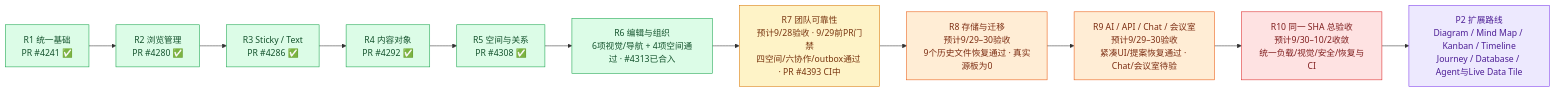
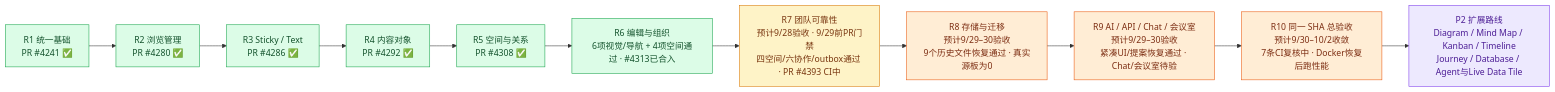
Before and after one commit to boardx/workspacex: the first of 4 diagrams in phases/phase-19-board-visual-workspace/design-deltas/2026-09-26-unified-board-plan.md, drawn with Mermaid. The commit also changed other lines of this file, not shown here.

````diff
--- a/phases/phase-19-board-visual-workspace/design-deltas/2026-09-26-unified-board-plan.md
+++ b/phases/phase-19-board-visual-workspace/design-deltas/2026-09-26-unified-board-plan.md
@@ -25,20 +25,20 @@
 ```mermaid
 flowchart LR
   R1["R1 统一基础<br/>PR #4241 ✅"]:::merged --> R2["R2 浏览管理<br/>PR #4280 ✅"]:::merged
   R2 --> R3["R3 Sticky / Text<br/>PR #4286 ✅"]:::merged
   R3 --> R4["R4 内容对象<br/>PR #4292 ✅"]:::merged
   R4 --> R5["R5 空间与关系<br/>PR #4308 ✅"]:::merged
   R5 --> R6["R6 编辑与组织<br/>6项视觉/导航 + 4项空间通过 · #4313已合入"]:::merged
   R6 --> R7["R7 团队可靠性<br/>预计9/28验收 · 9/29前PR门禁<br/>四空间/六协作/outbox通过 · PR #4393 CI中"]:::accepting
   R7 --> R8["R8 存储与迁移<br/>预计9/29–30验收<br/>9个历史文件恢复通过 · 真实源板为0"]:::working
   R8 --> R9["R9 AI / API / Chat / 会议室<br/>预计9/29–30验收<br/>紧凑UI/提案恢复通过 · Chat/会议室待验"]:::working
-  R9 --> R10["R10 同一 SHA 总验收<br/>预计9/30–10/2收敛<br/>统一负载/视觉/安全/恢复与CI"]:::blocked
+  R9 --> R10["R10 同一 SHA 总验收<br/>预计9/30–10/2收敛<br/>7条CI复核中 · Docker恢复后跑性能"]:::working
   R10 --> P2["P2 扩展路线<br/>Diagram / Mind Map / Kanban / Timeline<br/>Journey / Database / Agent与Live Data Tile"]:::future
   classDef merged fill:#dcfce7,stroke:#16a34a,color:#14532d
   classDef accepting fill:#fef3c7,stroke:#d97706,color:#78350f
   classDef ready fill:#dbeafe,stroke:#2563eb,color:#1e3a8a
   classDef working fill:#ffedd5,stroke:#ea580c,color:#7c2d12
   classDef blocked fill:#fee2e2,stroke:#dc2626,color:#7f1d1d
   classDef todo fill:#f1f5f9,stroke:#64748b,color:#334155
   classDef future fill:#ede9fe,stroke:#7c3aed,color:#4c1d95
 ```
````
